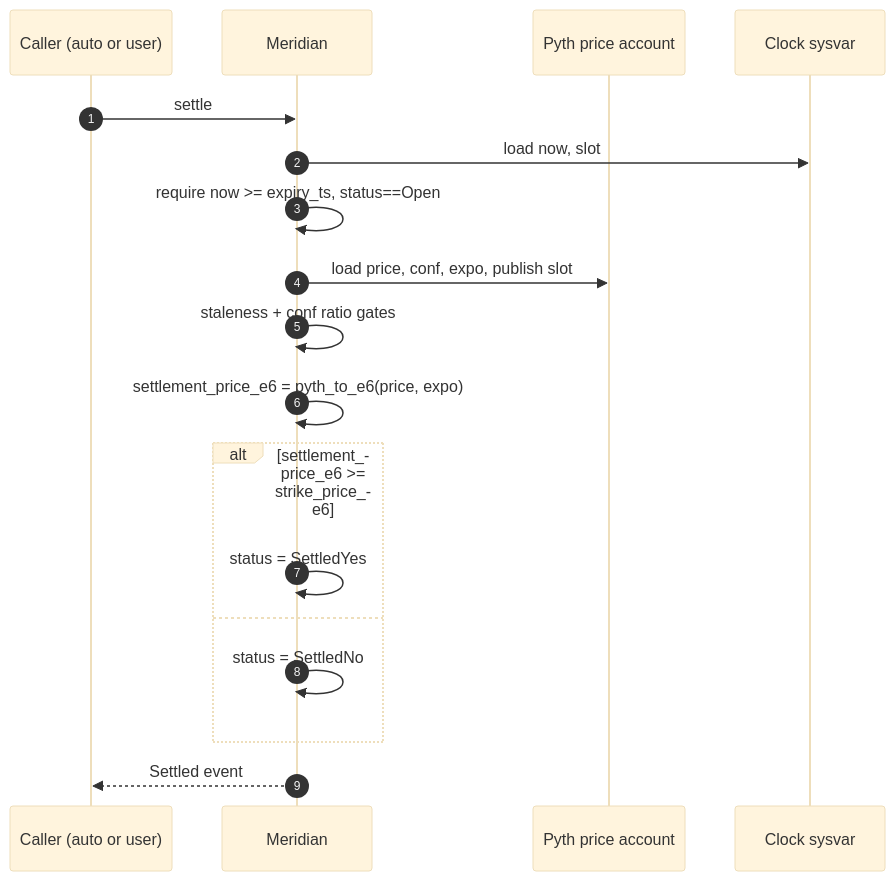
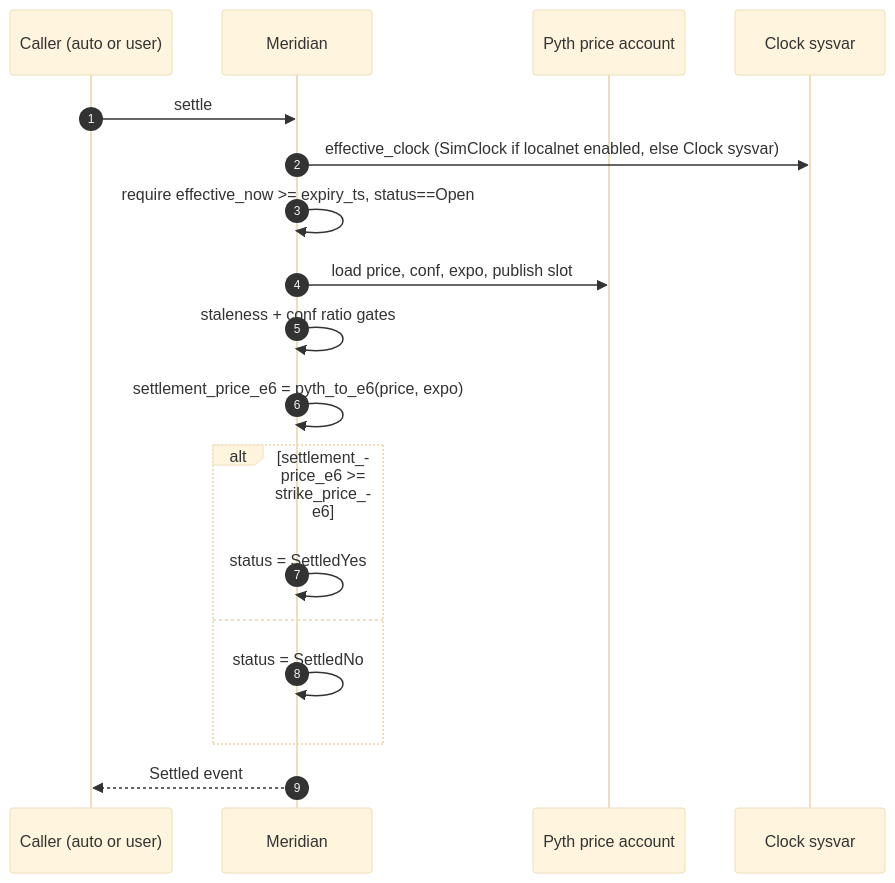
One commit to debudash/meridian-binMAG7-predictionmkt changed the fourth of 9 diagrams in docs/flows.md. Above: the diagram before and after it, drawn with Mermaid (base theme). The commit also changed other lines of this file and 5 other files, not shown here.

First line of the commit message:
docs(schema): D-017 SimClock + effective_clock for localnet open/close

````diff
--- a/docs/flows.md
+++ b/docs/flows.md
@@ -106,21 +106,21 @@
 ```mermaid
 sequenceDiagram
     autonumber
     participant Caller as Caller (auto or user)
     participant Mer as Meridian
     participant Pyth as Pyth price account
     participant Clock as Clock sysvar
 
     Caller->>Mer: settle
-    Mer->>Clock: load now, slot
-    Mer->>Mer: require now >= expiry_ts, status==Open
+    Mer->>Clock: effective_clock (SimClock if localnet enabled, else Clock sysvar)
+    Mer->>Mer: require effective_now >= expiry_ts, status==Open
     Mer->>Pyth: load price, conf, expo, publish slot
     Mer->>Mer: staleness + conf ratio gates
     Mer->>Mer: settlement_price_e6 = pyth_to_e6(price, expo)
     alt settlement_price_e6 >= strike_price_e6
         Mer->>Mer: status = SettledYes
     else
         Mer->>Mer: status = SettledNo
     end
     Mer-->>Caller: Settled event
 ```
````
